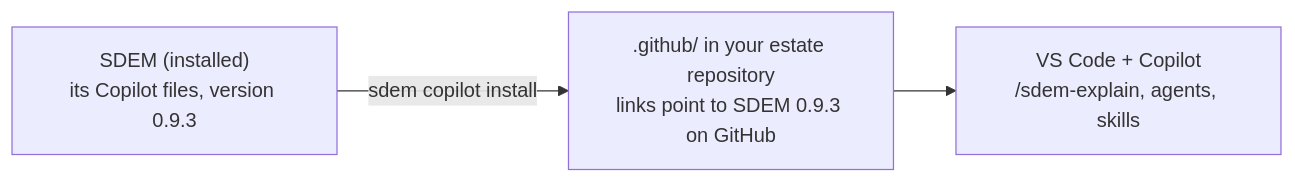
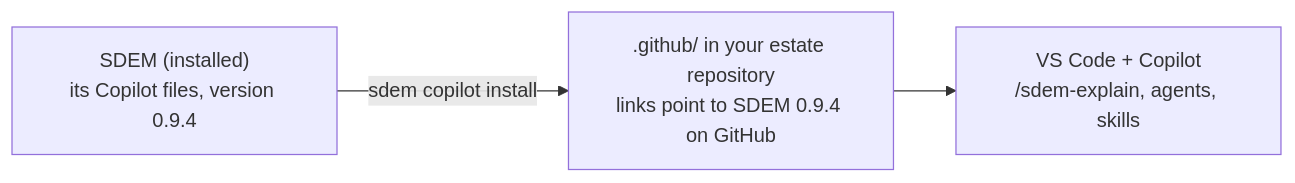
The diagram in docs/design/sdem-copilot-install-design.md (taumoeps/bian-sdem-framework), drawn with Mermaid before and after one commit. The commit also changed 31 other files, not shown here.

````diff
--- a/docs/design/sdem-copilot-install-design.md
+++ b/docs/design/sdem-copilot-install-design.md
@@ -18,5 +18,5 @@
 ```mermaid
 flowchart LR
-    S["SDEM (installed)<br/>its Copilot files, version 0.9.3"] -- "sdem copilot install" --> E[".github/ in your estate repository<br/>links point to SDEM 0.9.3 on GitHub"]
+    S["SDEM (installed)<br/>its Copilot files, version 0.9.4"] -- "sdem copilot install" --> E[".github/ in your estate repository<br/>links point to SDEM 0.9.4 on GitHub"]
     E --> V["VS Code + Copilot<br/>/sdem-explain, agents, skills"]
 ```
````
